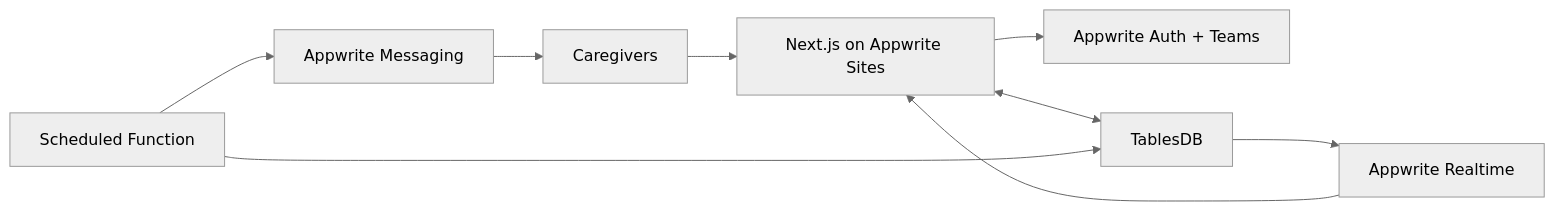
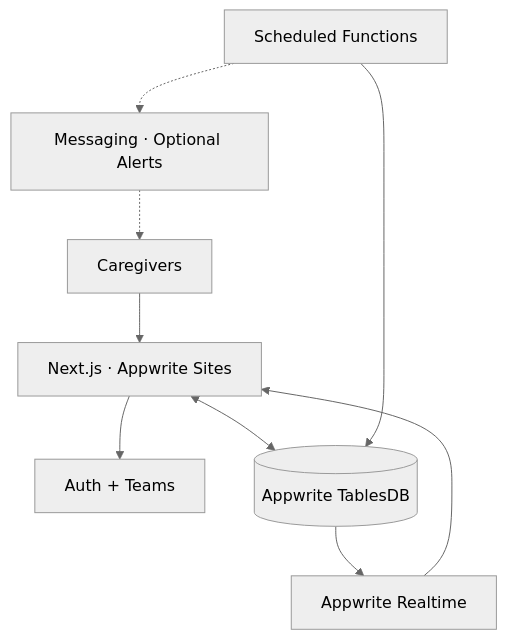
One commit to Omar8345/onedose changed the diagram in README.md. Above: the diagram before and after it, drawn with Mermaid (neutral theme). The commit also changed other lines of this file, not shown here.

````diff
--- a/README.md
+++ b/README.md
@@ -49,11 +70,11 @@
 ```mermaid
-flowchart LR
-    A[Caregivers] --> B[Next.js on Appwrite Sites]
-    B --> C[Appwrite Auth + Teams]
-    B <--> D[TablesDB]
+flowchart TD
+    A[Caregivers] --> B[Next.js · Appwrite Sites]
+    B --> C[Auth + Teams]
+    B <--> D[(Appwrite TablesDB)]
     D --> E[Appwrite Realtime]
     E --> B
-    F[Scheduled Function] --> D
-    F --> G[Appwrite Messaging]
-    G --> A
+    F[Scheduled Functions] --> D
+    F -.-> G[Messaging · Optional Alerts]
+    G -.-> A
 ```
````
